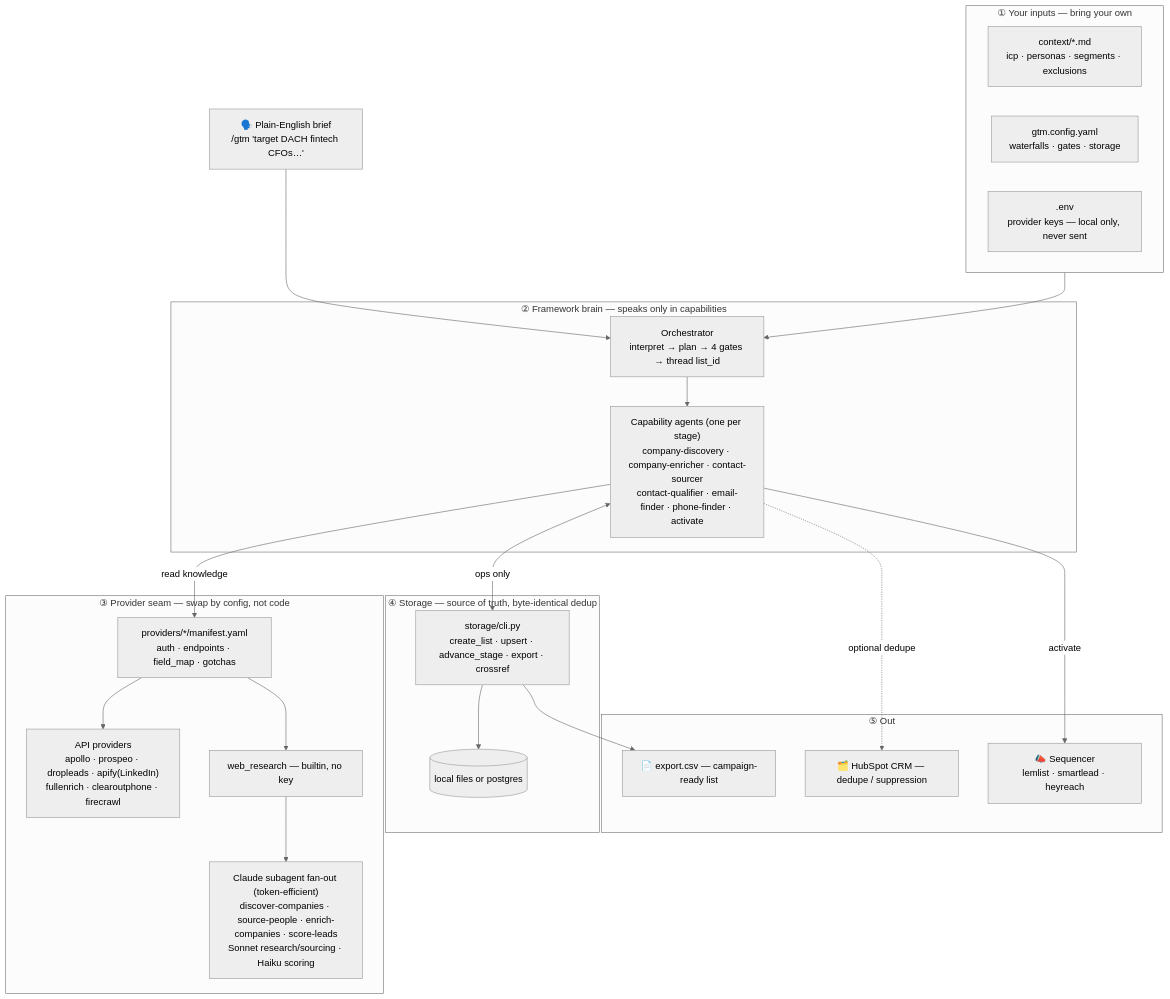
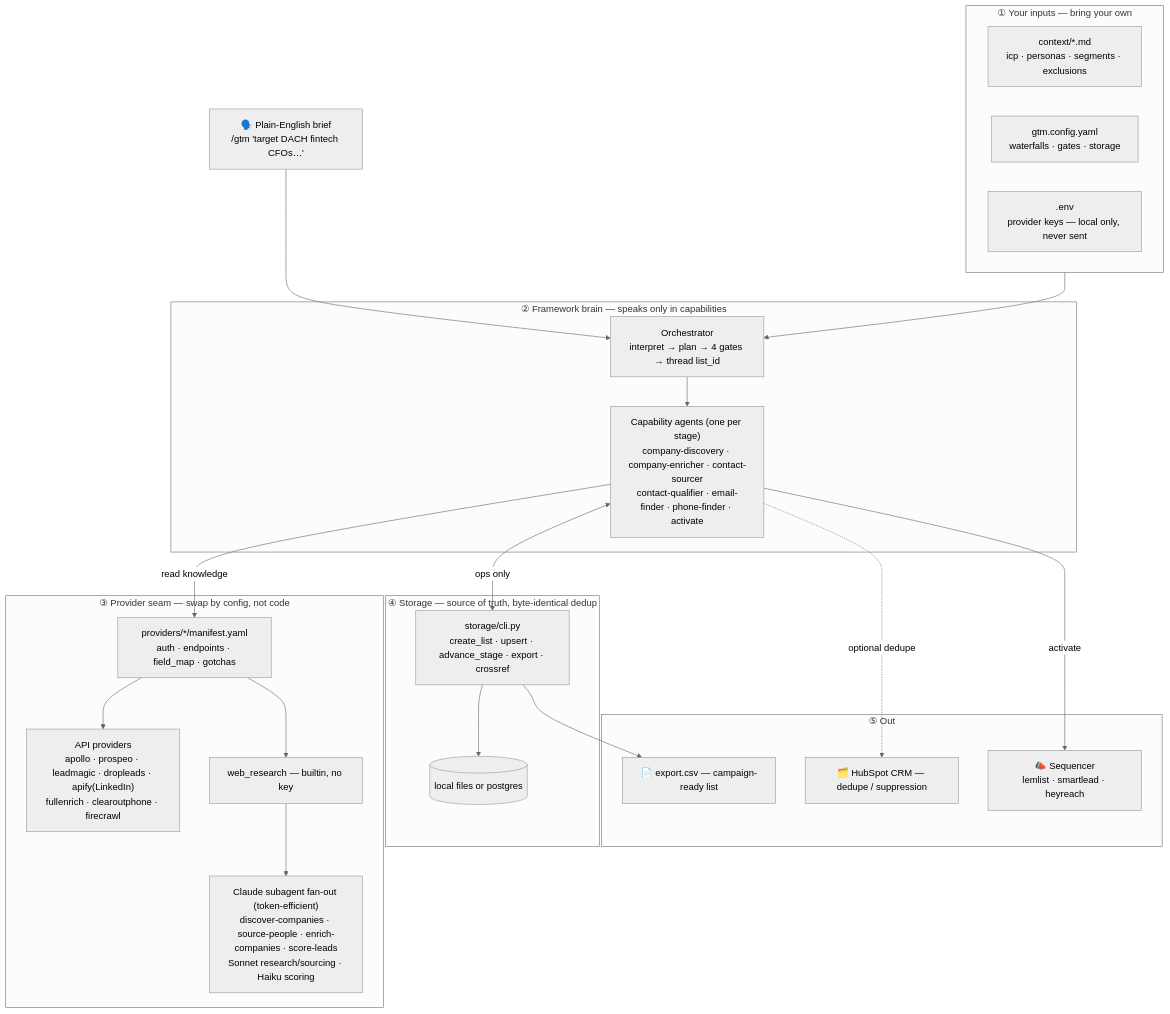
The diagram in README.md (kkrlstrm/gtm-pipeline), drawn with Mermaid (neutral theme) before and after one commit. The commit also changed other lines of this file and 6 other files, not shown here.

````diff
--- a/README.md
+++ b/README.md
@@ -118,45 +118,45 @@
 ```mermaid
 flowchart TD
   brief["🗣️ Plain-English brief<br/>/gtm 'target DACH fintech CFOs…'"]
 
   subgraph IN["① Your inputs — bring your own"]
     ctx["context/*.md<br/>icp · personas · segments · exclusions"]
     cfg["gtm.config.yaml<br/>waterfalls · gates · storage"]
     env[".env<br/>provider keys — local only, never sent"]
   end
 
   subgraph BRAIN["② Framework brain — speaks only in capabilities"]
     orch["Orchestrator<br/>interpret → plan → 4 gates → thread list_id"]
     agents["Capability agents (one per stage)<br/>company-discovery · company-enricher · contact-sourcer<br/>contact-qualifier · email-finder · phone-finder · activate"]
     orch --> agents
   end
 
   subgraph SEAM["③ Provider seam — swap by config, not code"]
     man["providers/*/manifest.yaml<br/>auth · endpoints · field_map · gotchas"]
-    api["API providers<br/>apollo · prospeo · dropleads · apify(LinkedIn)<br/>fullenrich · clearoutphone · firecrawl"]
+    api["API providers<br/>apollo · prospeo · leadmagic · dropleads · apify(LinkedIn)<br/>fullenrich · clearoutphone · firecrawl"]
     builtin["web_research — builtin, no key"]
     wf["Claude subagent fan-out (token-efficient)<br/>discover-companies · source-people · enrich-companies · score-leads<br/>Sonnet research/sourcing · Haiku scoring"]
     man --> api
     man --> builtin --> wf
   end
 
   subgraph TRUTH["④ Storage — source of truth, byte-identical dedup"]
     cli["storage/cli.py<br/>create_list · upsert · advance_stage · export · crossref"]
     db[("local files  or  postgres")]
     cli --> db
   end
 
   subgraph OUT["⑤ Out"]
     csv["📄 export.csv — campaign-ready list"]
     seq["📣 Sequencer<br/>lemlist · smartlead · heyreach"]
     crm["🗂️ HubSpot CRM — dedupe / suppression"]
   end
 
   brief --> orch
   IN --> orch
   agents -->|read knowledge| man
   agents <-->|ops only| cli
   agents -. optional dedupe .-> crm
   cli --> csv
   agents -->|activate| seq
 ```
````
